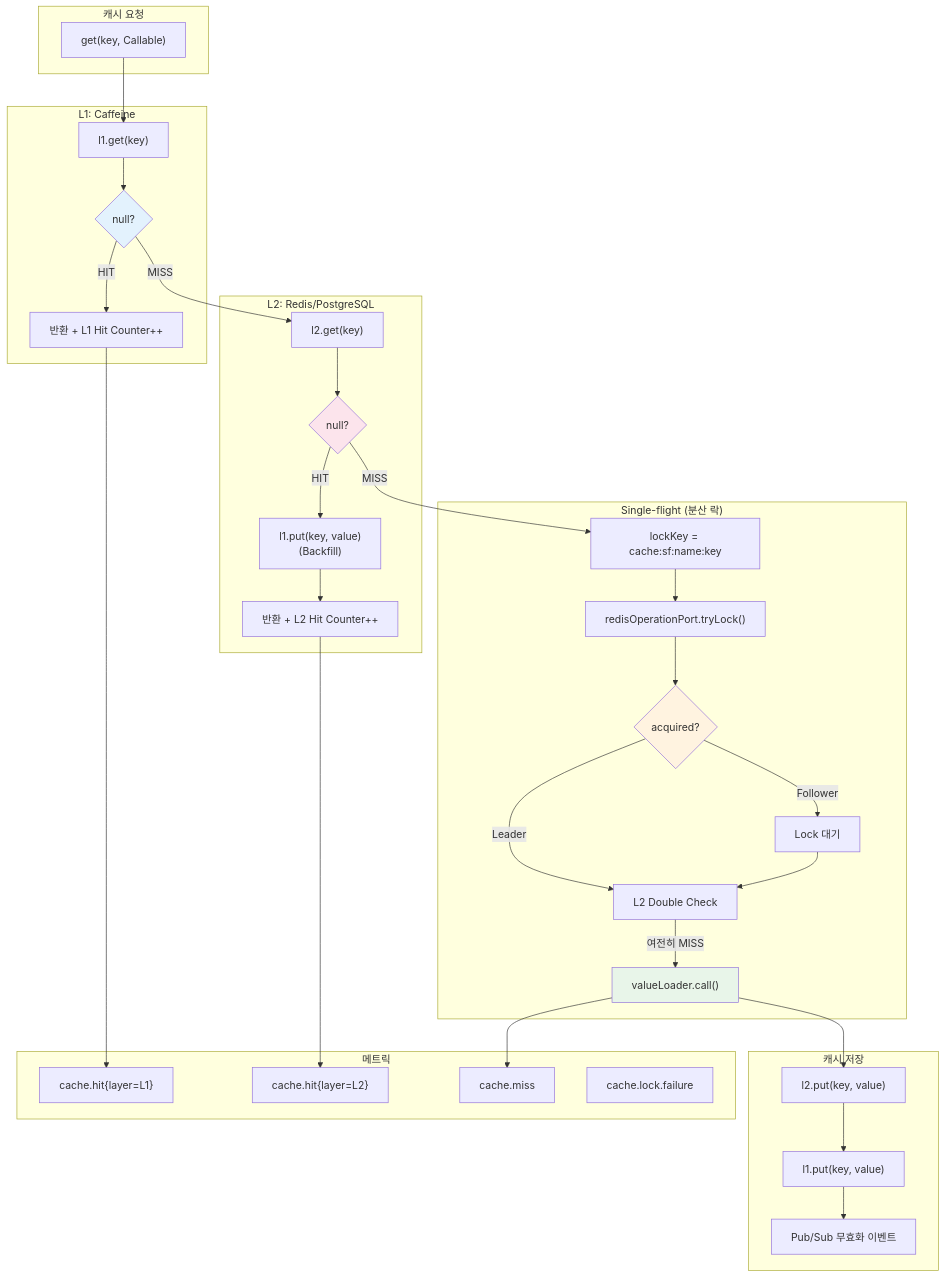
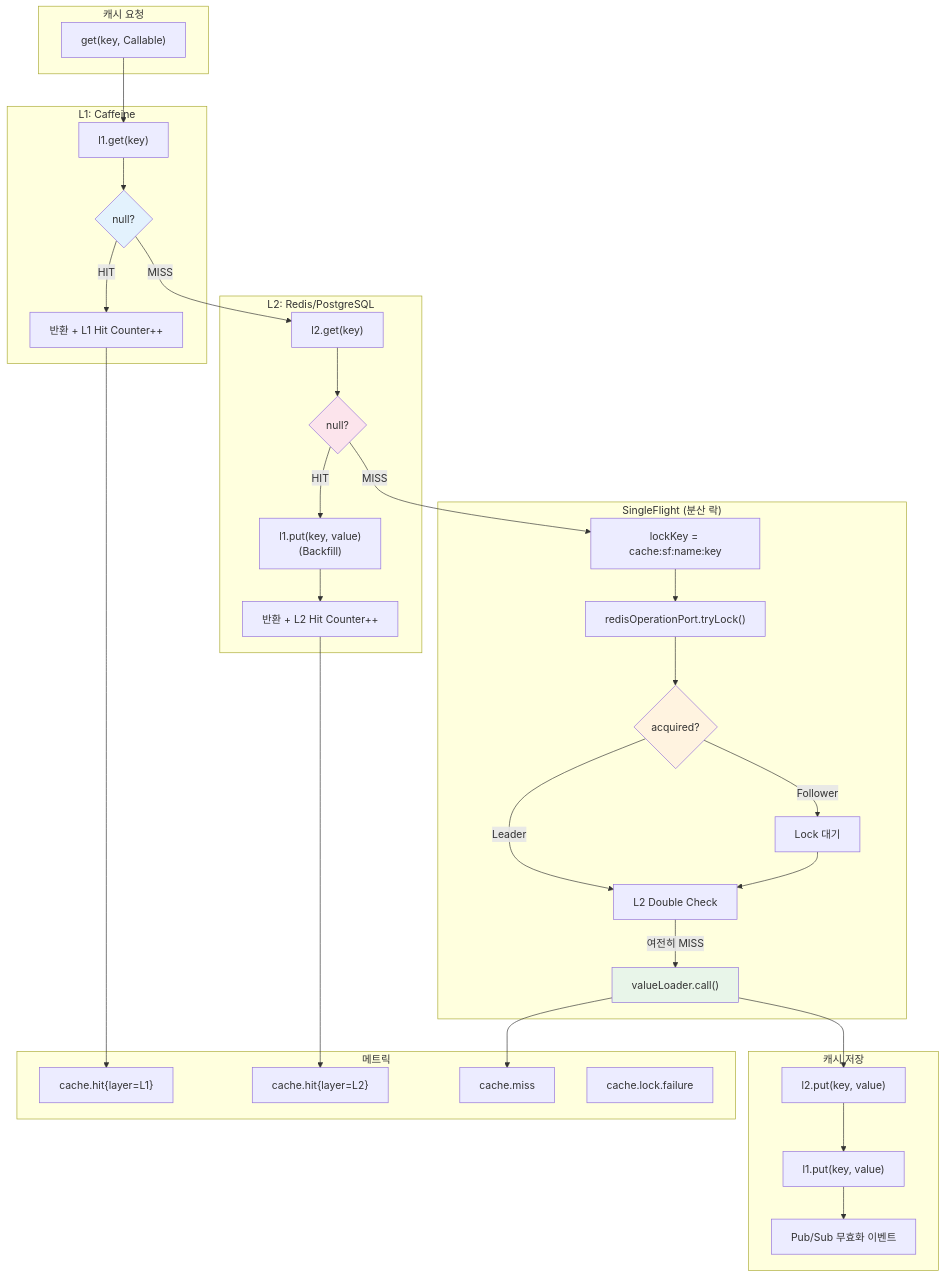
Before and after one commit to zbnerd/probabilistic-valuation-engine: the third of 11 diagrams in docs/04_Sequence_Diagrams/comprehensive-data-flow.md, drawn with Mermaid. The commit also changed other lines of this file and 354 other files, not shown here.

````diff
--- a/docs/04_Sequence_Diagrams/comprehensive-data-flow.md
+++ b/docs/04_Sequence_Diagrams/comprehensive-data-flow.md
@@ -287,71 +287,71 @@
 ```mermaid
 flowchart TB
     subgraph Request["캐시 요청"]
         Start["get(key, Callable)"]
     end
 
     subgraph L1Layer["L1: Caffeine"]
         L1Get["l1.get(key)"]
         L1Check{"null?"}
         L1Hit["반환 + L1 Hit Counter++"]
     end
 
     subgraph L2Layer["L2: Redis/PostgreSQL"]
         L2Get["l2.get(key)"]
         L2Check{"null?"}
         L2Hit["반환 + L2 Hit Counter++"]
         Backfill["l1.put(key, value)<br/>(Backfill)"]
     end
 
-    subgraph SingleFlight["Single-flight (분산 락)"]
+    subgraph SingleFlight["SingleFlight (분산 락)"]
         LockKey["lockKey = cache:sf:name:key"]
         TryLock["redisOperationPort.tryLock()"]
         LockCheck{"acquired?"}
         DoubleCheck["L2 Double Check"]
         Loader["valueLoader.call()"]
         WaitLock["Lock 대기"]
     end
 
     subgraph Store["캐시 저장"]
         StoreL2["l2.put(key, value)"]
         StoreL1["l1.put(key, value)"]
         PublishInvalidation["Pub/Sub 무효화 이벤트"]
     end
 
     subgraph Metrics["메트릭"]
         HitL1["cache.hit{layer=L1}"]
         HitL2["cache.hit{layer=L2}"]
         Miss["cache.miss"]
         LockFail["cache.lock.failure"]
     end
 
     Start --> L1Get
     L1Get --> L1Check
     L1Check -->|"HIT"| L1Hit
     L1Hit --> HitL1
 
     L1Check -->|"MISS"| L2Get
     L2Get --> L2Check
     L2Check -->|"HIT"| Backfill
     Backfill --> L2Hit
     L2Hit --> HitL2
 
     L2Check -->|"MISS"| LockKey
     LockKey --> TryLock
     TryLock --> LockCheck
 
     LockCheck -->|"Leader"| DoubleCheck
     DoubleCheck -->|"여전히 MISS"| Loader
     Loader --> Miss
     Loader --> StoreL2
     StoreL2 --> StoreL1
     StoreL1 --> PublishInvalidation
 
     LockCheck -->|"Follower"| WaitLock
     WaitLock --> DoubleCheck
 
     style L1Check fill:#e3f2fd
     style L2Check fill:#fce4ec
     style LockCheck fill:#fff3e0
     style Loader fill:#e8f5e9
 ```
````
